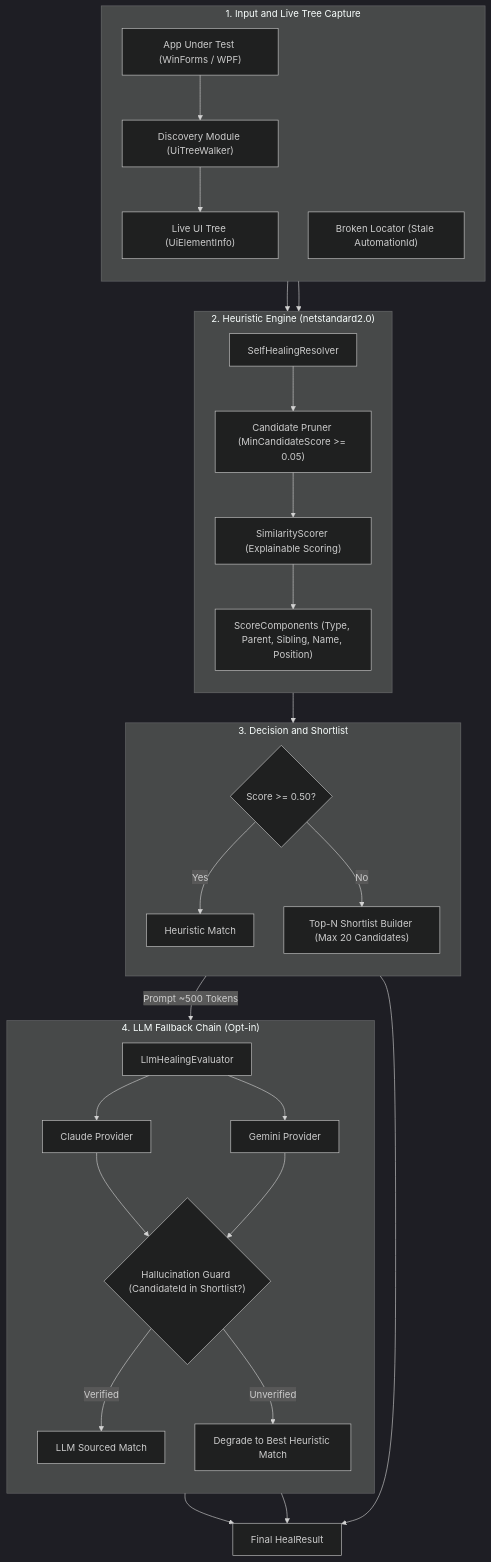
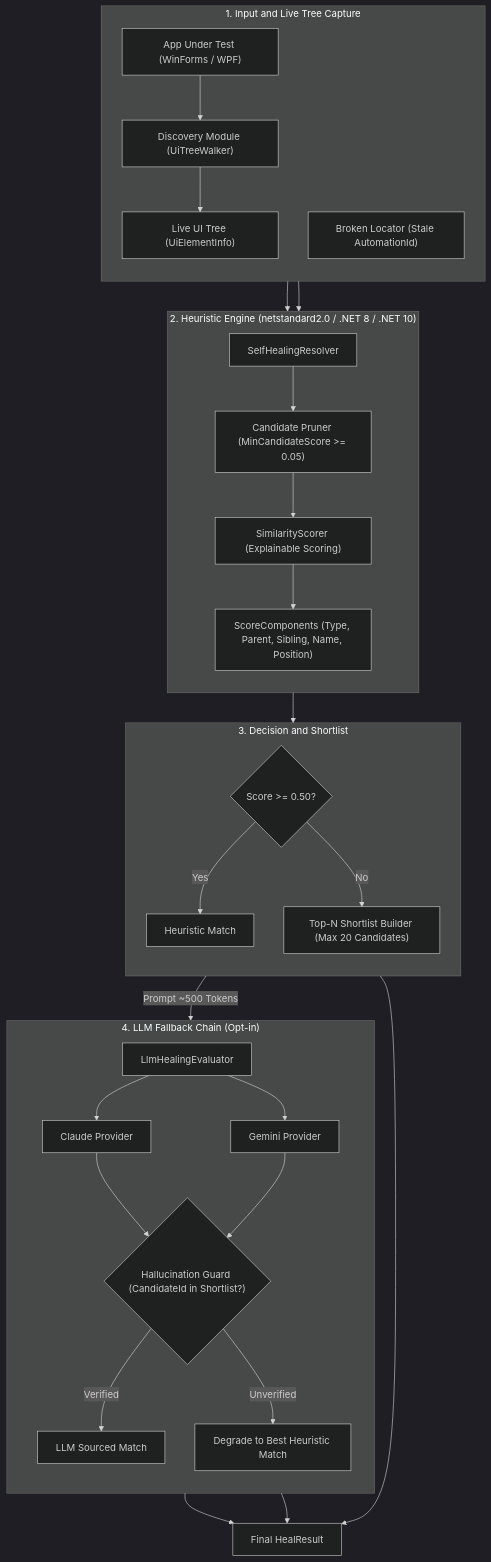
The first of 3 diagrams in README.md (mustafasercansak/automation-sandbox), drawn with Mermaid (dark theme) before and after one commit. The commit also changed other lines of this file and 41 other files, not shown here.

````diff
--- a/README.md
+++ b/README.md
@@ -35,49 +35,49 @@
 ```mermaid
 flowchart TB
     subgraph STAGE1 ["1. Input and Live Tree Capture"]
         direction TB
         App["App Under Test (WinForms / WPF)"]
         Walker["Discovery Module (UiTreeWalker)"]
         Snapshot["Live UI Tree (UiElementInfo)"]
         BrokenLoc["Broken Locator (Stale AutomationId)"]
         App --> Walker --> Snapshot
     end
-    subgraph STAGE2 ["2. Heuristic Engine (netstandard2.0)"]
+    subgraph STAGE2 ["2. Heuristic Engine (netstandard2.0 / .NET 8 / .NET 10)"]
         direction TB
         Resolver["SelfHealingResolver"]
         Pruner["Candidate Pruner (MinCandidateScore >= 0.05)"]
         Scorer["SimilarityScorer (Explainable Scoring)"]
         Breakdown["ScoreComponents (Type, Parent, Sibling, Name, Position)"]
         Snapshot --> Resolver
         BrokenLoc --> Resolver
         Resolver --> Pruner --> Scorer --> Breakdown
     end
     subgraph STAGE3 ["3. Decision and Shortlist"]
         direction TB
         CheckScore{"Score >= 0.50?"}
         ConfidentRes["Heuristic Match"]
         Shortlist["Top-N Shortlist Builder (Max 20 Candidates)"]
         Breakdown --> CheckScore
         CheckScore -->|Yes| ConfidentRes
         CheckScore -->|No| Shortlist
     end
     subgraph STAGE4 ["4. LLM Fallback Chain (Opt-in)"]
         direction TB
         Eval["LlmHealingEvaluator"]
         Claude["Claude Provider"]
         Gemini["Gemini Provider"]
         Guard{"Hallucination Guard (CandidateId in Shortlist?)"}
         LLMRes["LLM Sourced Match"]
         HeuristicFallback["Degrade to Best Heuristic Match"]
         Shortlist -->|Prompt ~500 Tokens| Eval
         Eval --> Claude
         Eval --> Gemini
         Claude --> Guard
         Gemini --> Guard
         Guard -->|Verified| LLMRes
         Guard -->|Unverified| HeuristicFallback
     end
     ConfidentRes --> Output["Final HealResult"]
     LLMRes --> Output
     HeuristicFallback --> Output
 ```
````
